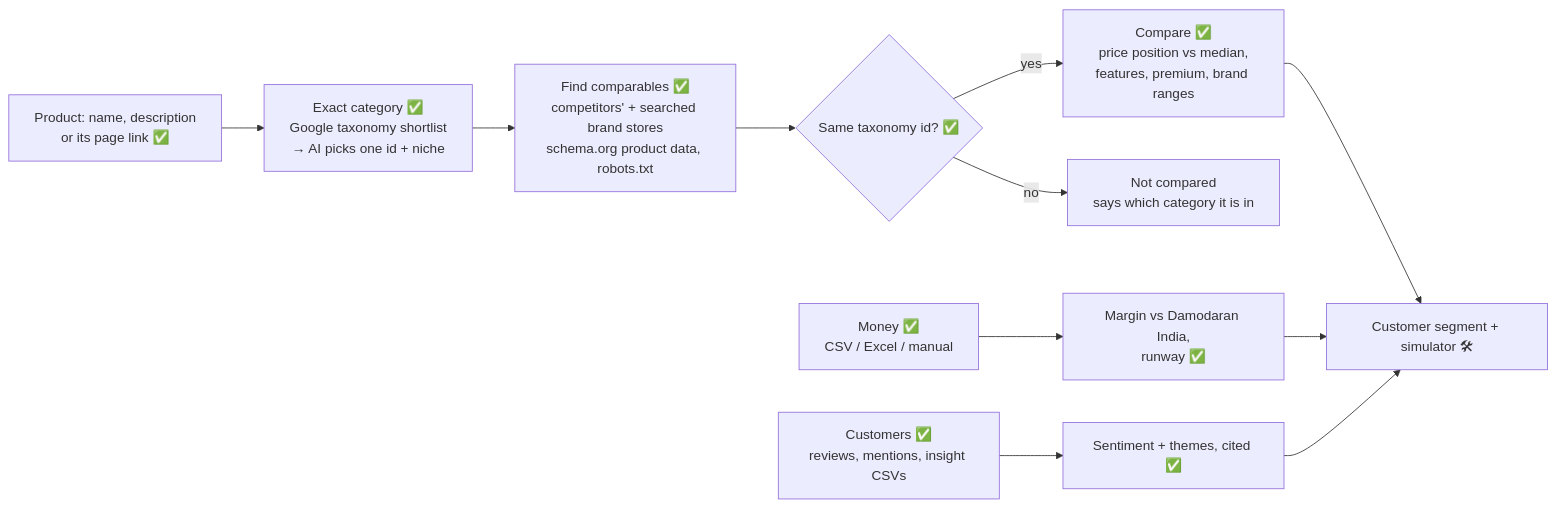
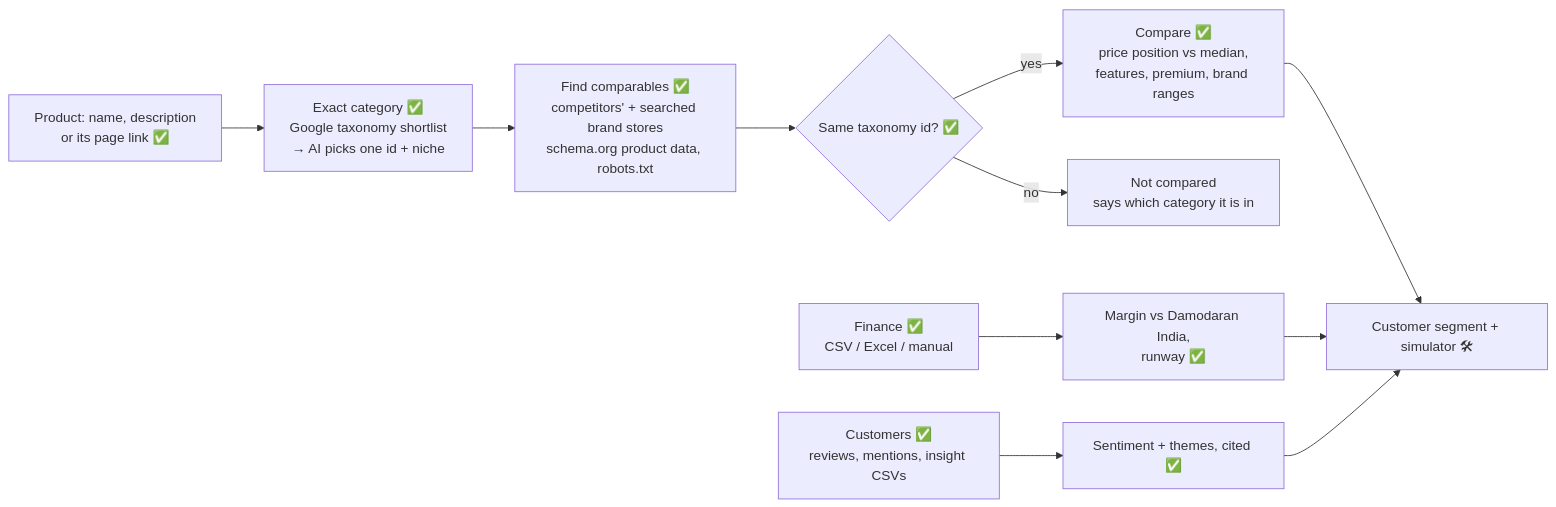
The third of 4 diagrams in docs/deck/PPT-CONTENT.md (Niranjan-cyber/rivallens), drawn with Mermaid before and after one commit. The commit also changed other lines of this file and 11 other files, not shown here.

Commit message:
Rename the Money dashboard to Finance (URL /finance, /money redirects)

````diff
--- a/docs/deck/PPT-CONTENT.md
+++ b/docs/deck/PPT-CONTENT.md
@@ -130,13 +130,13 @@
 ```mermaid
 flowchart LR
   PR[Product: name, description<br/>or its page link ✅] --> CAT[Exact category ✅<br/>Google taxonomy shortlist<br/>→ AI picks one id + niche]
   CAT --> FIND[Find comparables ✅<br/>competitors' + searched brand stores<br/>schema.org product data, robots.txt]
   FIND --> SAME{Same taxonomy id? ✅}
   SAME -- yes --> CMP[Compare ✅<br/>price position vs median,<br/>features, premium, brand ranges]
   SAME -- no --> DROP[Not compared<br/>says which category it is in]
-  MO[Money ✅<br/>CSV / Excel / manual] --> MM[Margin vs Damodaran India,<br/>runway ✅]
+  MO[Finance ✅<br/>CSV / Excel / manual] --> MM[Margin vs Damodaran India,<br/>runway ✅]
   CU[Customers ✅<br/>reviews, mentions, insight CSVs] --> CS[Sentiment + themes, cited ✅]
   CMP --> SEG[Customer segment + simulator 🛠]
   MM --> SEG
   CS --> SEG
 ```
````
